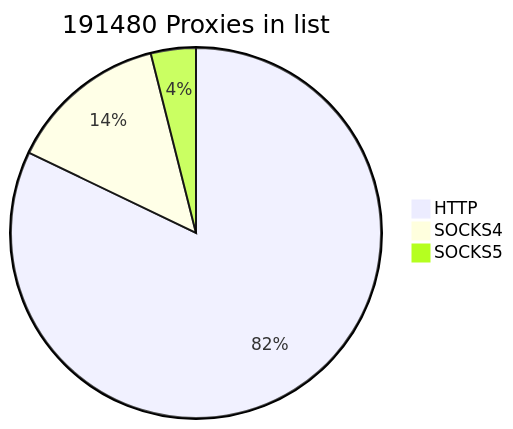
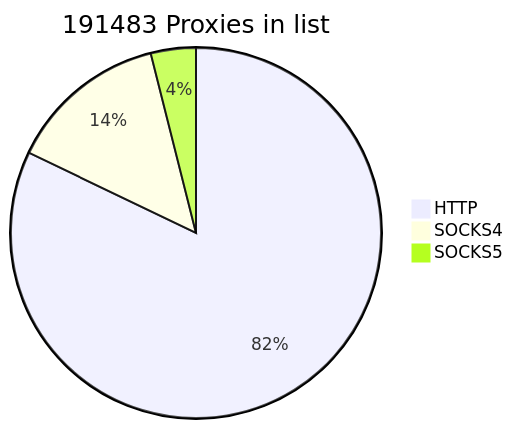
One commit to cutipu/proxylist changed the first of 2 diagrams in README.md. Above: the diagram before and after it, drawn with Mermaid. The commit also changed other lines of this file, not shown here.

````diff
--- a/README.md
+++ b/README.md
@@ -2,7 +2,7 @@
 ```mermaid
-pie title 191480 Proxies in list
-    "HTTP" : 157264
-    "SOCKS4" : 26689
-    "SOCKS5" : 7527
+pie title 191483 Proxies in list
+    "HTTP" : 157265
+    "SOCKS4" : 26690
+    "SOCKS5" : 7528
             
 ```
````
